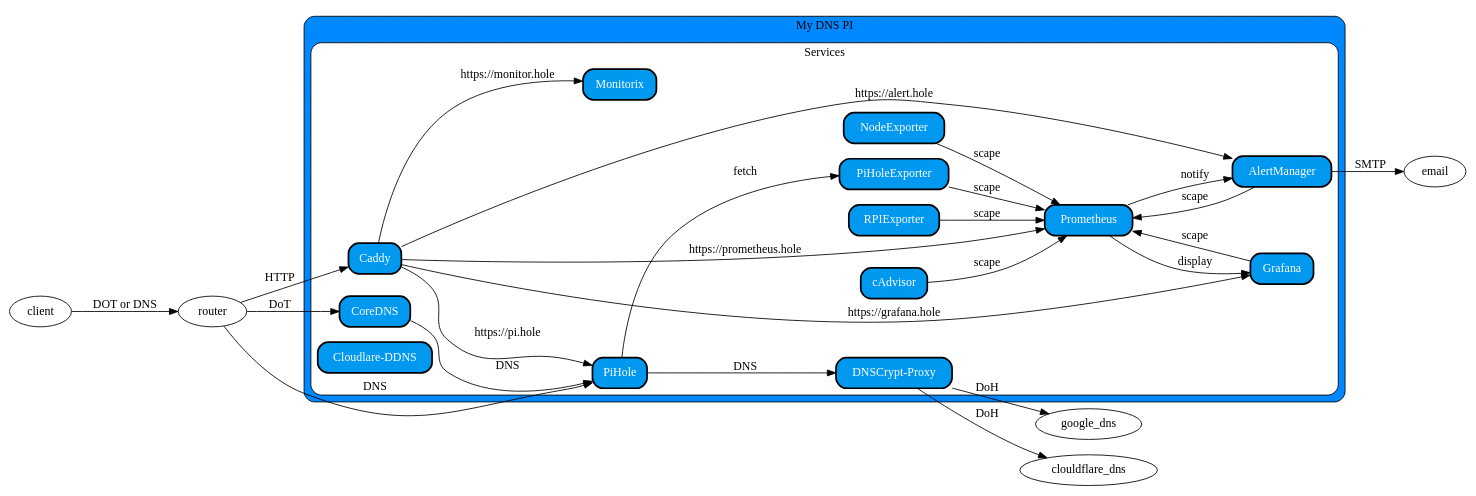
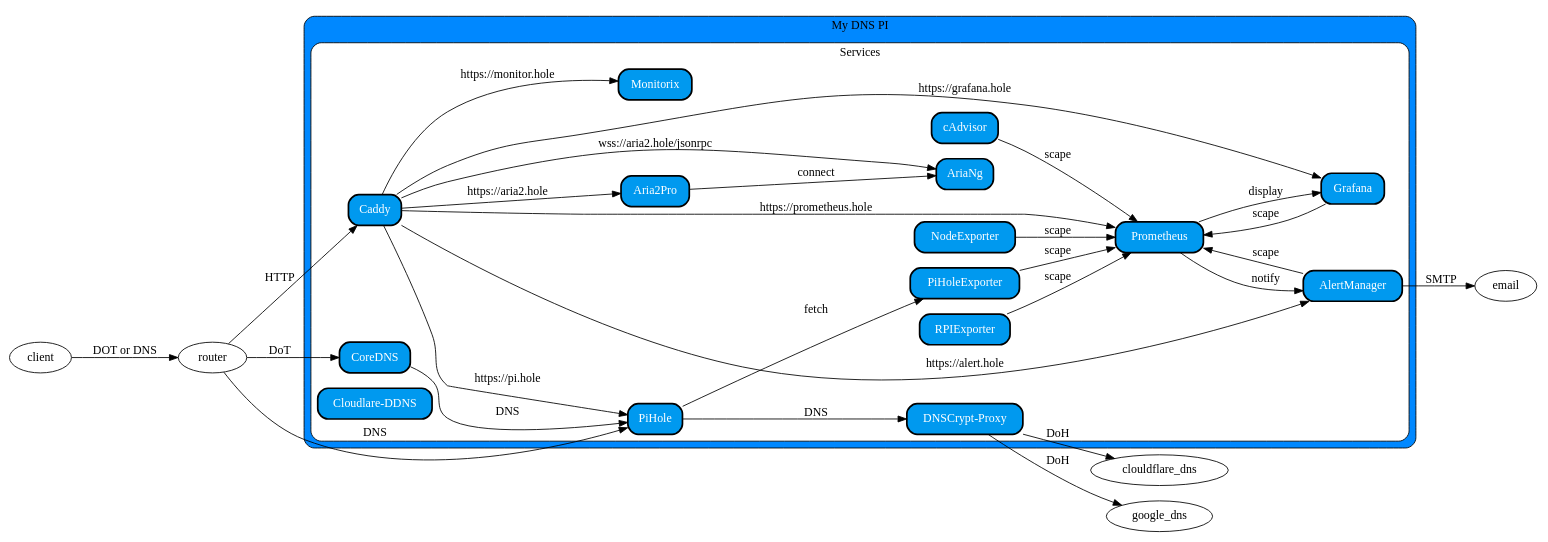
Before and after one commit to zeuxisoo/my-dns-pi: the diagram in workflow/graph.dot, drawn with Graphviz.

Commit message:
add aria2_pro and aria2_ng service to workflow graph

```diff
--- a/workflow/graph.dot
+++ b/workflow/graph.dot
@@ -1,72 +1,79 @@
 digraph G {
     rankdir=LR
 
     subgraph cluster_0 {
         style="rounded,filled"
         fillcolor="#0088FF"
 
         node [style="rounded,filled", shape=box, penwidth=2, fillcolor="#0099EF", fontcolor=white]
 
         label="My DNS PI"
         subgraph cluster_1 {
             fillcolor="#FFFFFF"
             label="Services"
 
             coredns [label="CoreDNS"]
             pihole  [label="PiHole"]
             dnscrypt_proxy [label="DNSCrypt-Proxy"]
 
             caddy [label="Caddy"]
             monitorix [label="Monitorix"]
             cloudflare_ddns [label="Cloudlare-DDNS"]
+
+            aria2_pro [label="Aria2Pro"]
+            aria2_ng [label="AriaNg"]
 
             prometheus [label="Prometheus"]
             cadvisor [label="cAdvisor"]
             node_exporter [label="NodeExporter"]
             pihole_exporter [label="PiHoleExporter"]
             rpi_exporter [label="RPIExporter"]
 
             alert_manager [label="AlertManager"]
             grafana [label="Grafana"]
         }
     }
 
     client -> router [label="DOT or DNS"]
 
     //  Router
     router -> coredns [label="DoT"]
     router -> pihole [label="DNS"]
     router -> caddy [label="HTTP"]
 
     coredns -> pihole [label="DNS"]
 
     //  Pihole
     pihole -> dnscrypt_proxy [label="DNS"]
     pihole -> pihole_exporter [label="fetch"]
 
     dnscrypt_proxy -> clouldflare_dns [label="DoH"]
     dnscrypt_proxy -> google_dns [label="DoH"]
 
     //  Caddy
     caddy -> pihole [label="https://pi.hole"]
     caddy -> monitorix [label="https://monitor.hole"]
     caddy -> prometheus [label="https://prometheus.hole"]
     caddy -> alert_manager [label="https://alert.hole"]
     caddy -> grafana [label="https://grafana.hole"]
+    caddy -> aria2_pro [label="https://aria2.hole"]
+    caddy -> aria2_ng [label="wss://aria2.hole/jsonrpc"]
 
     //  Prometheus
     cadvisor -> prometheus [label="scape"]
     node_exporter -> prometheus [label="scape"]
     pihole_exporter -> prometheus [label="scape"]
     rpi_exporter -> prometheus [label="scape"]
     alert_manager -> prometheus [label="scape"]
     grafana -> prometheus [label="scape"]
 
     //  Alert Manager
     alert_manager -> email [label="SMTP"]
 
     prometheus -> alert_manager [label="notify"]
 
     // Grafana
     prometheus -> grafana [label="display"]
+
+    aria2_pro -> aria2_ng [label="connect"]
 }
```
